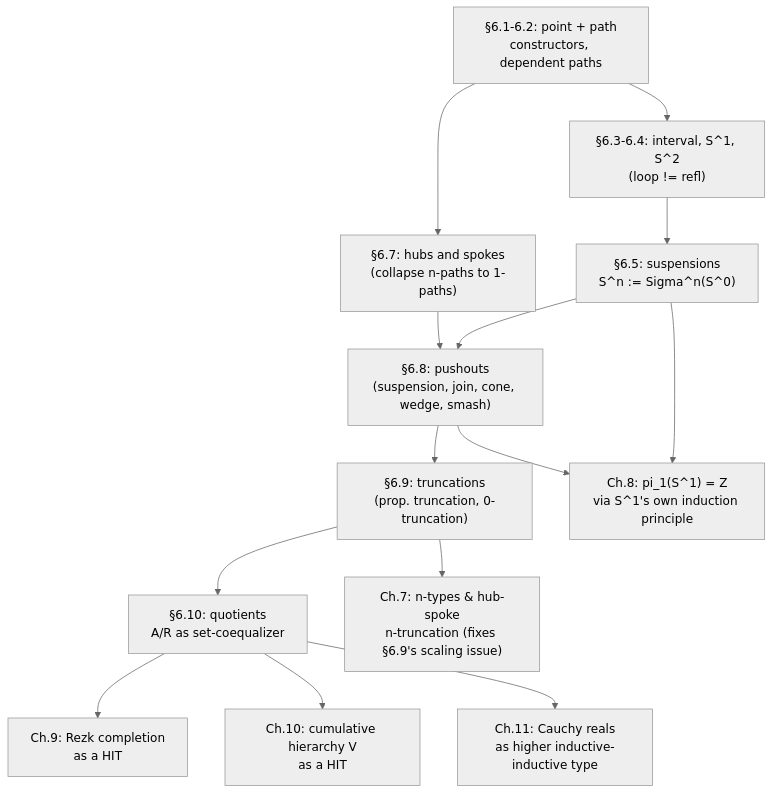
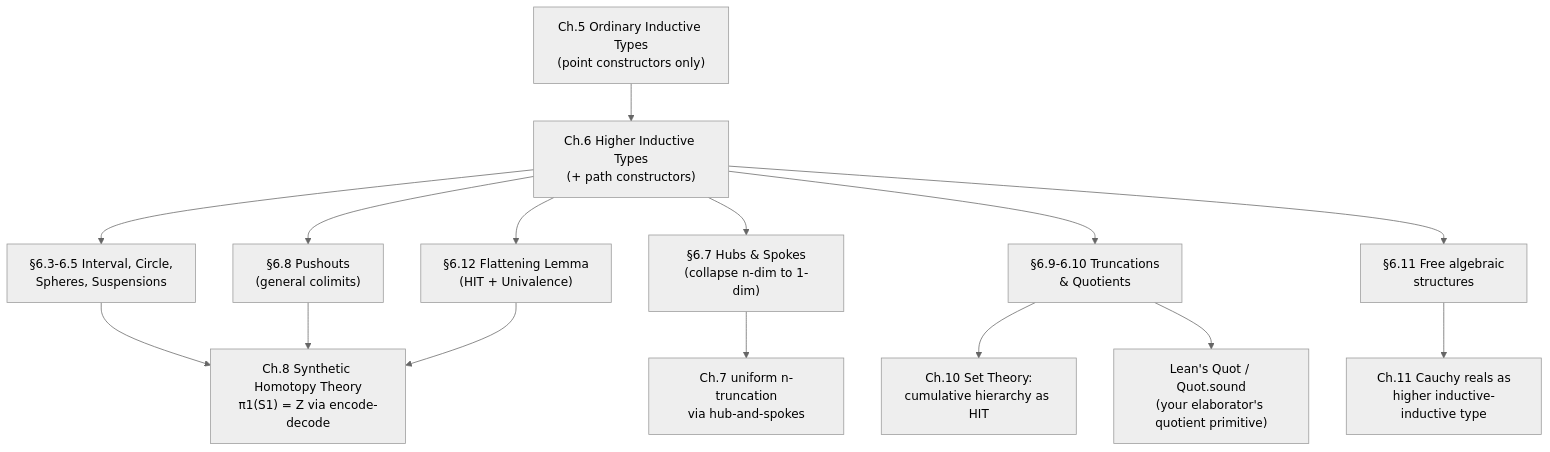
Before and after one commit to superoptimo/type_theory_vaults: the diagram in 14_homotopy_type_theory/Higher-Inductive-Types.md, drawn with Mermaid (neutral theme). The commit also changed other lines of this file and 1097 other files, not shown here.

Commit message:
Update vaults books with learning roadmaps

````diff
--- a/14_homotopy_type_theory/Higher-Inductive-Types.md
+++ b/14_homotopy_type_theory/Higher-Inductive-Types.md
@@ -198,16 +267,17 @@
 ```mermaid
 flowchart TD
-    A["§6.1-6.2: point + path\nconstructors, dependent paths"] --> B["§6.3-6.4: interval, S^1, S^2\n(loop != refl)"]
-    A --> H["§6.7: hubs and spokes\n(collapse n-paths to 1-paths)"]
-    B --> C["§6.5: suspensions\nS^n := Sigma^n(S^0)"]
-    C --> P["§6.8: pushouts\n(suspension, join, cone, wedge, smash)"]
-    H --> P
-    P --> T["§6.9: truncations\n(prop. truncation, 0-truncation)"]
-    T --> Q["§6.10: quotients\nA/R as set-coequalizer"]
-    T --> N["Ch.7: n-types & hub-spoke\nn-truncation (fixes §6.9's scaling issue)"]
-    C --> S8["Ch.8: pi_1(S^1) = Z\nvia S^1's own induction principle"]
-    P --> S8
-    Q --> S9["Ch.9: Rezk completion\nas a HIT"]
-    Q --> S10["Ch.10: cumulative hierarchy V\nas a HIT"]
-    Q --> S11["Ch.11: Cauchy reals\nas higher inductive-inductive type"]
+    A["Ch.5 Ordinary Inductive Types<br/>(point constructors only)"] --> B["Ch.6 Higher Inductive Types<br/>(+ path constructors)"]
+    B --> C1["§6.3-6.5 Interval, Circle,<br/>Spheres, Suspensions"]
+    B --> C2["§6.7 Hubs & Spokes<br/>(collapse n-dim to 1-dim)"]
+    B --> C3["§6.8 Pushouts<br/>(general colimits)"]
+    B --> C4["§6.9-6.10 Truncations<br/>& Quotients"]
+    B --> C5["§6.11 Free algebraic<br/>structures"]
+    B --> C6["§6.12 Flattening Lemma<br/>(HIT + Univalence)"]
+    C1 --> D["Ch.8 Synthetic Homotopy Theory<br/>π1(S1) = Z via encode-decode"]
+    C2 --> E["Ch.7 uniform n-truncation<br/>via hub-and-spokes"]
+    C3 --> D
+    C4 --> F["Ch.10 Set Theory:<br/>cumulative hierarchy as HIT"]
+    C4 --> G["Lean's Quot / Quot.sound<br/>(your elaborator's quotient primitive)"]
+    C6 --> D
+    C5 --> H["Ch.11 Cauchy reals as<br/>higher inductive-inductive type"]
 ```
````
